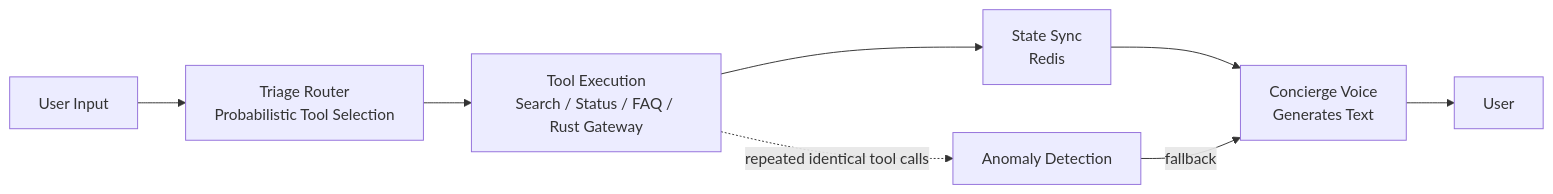
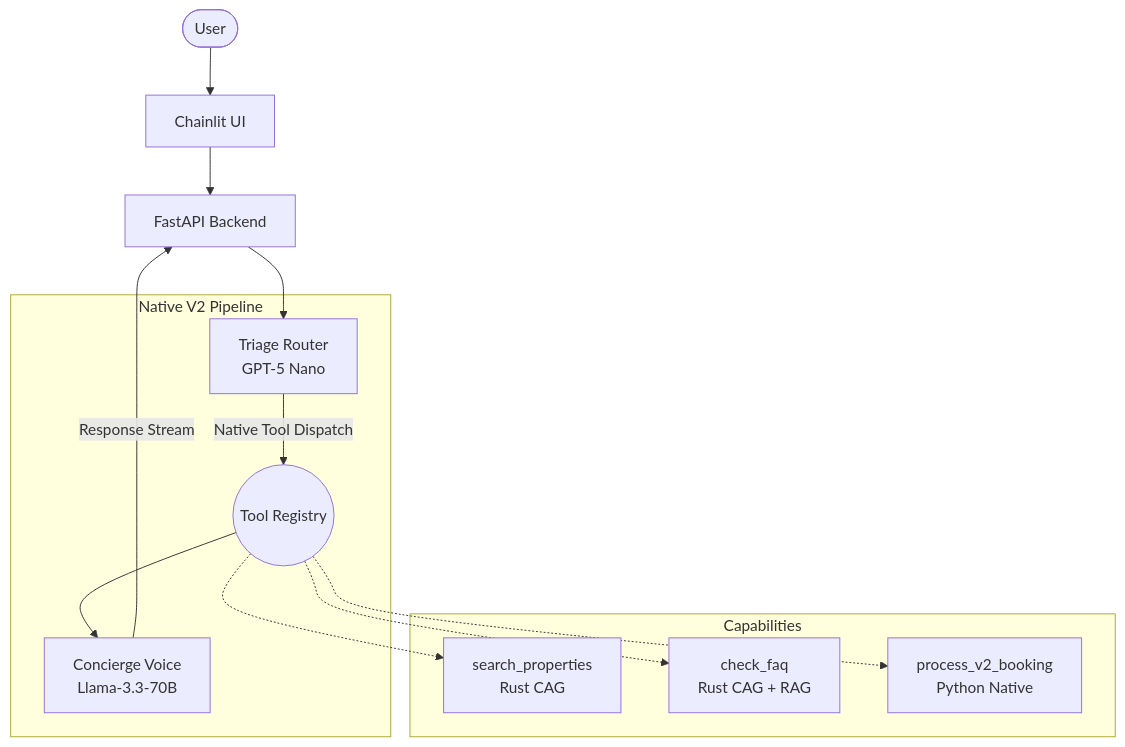
One commit to muhammadhasaan82/AI_Property_Booking_concierge changed the diagram in README.md. Above: the diagram before and after it, drawn with Mermaid. The commit also changed other lines of this file, not shown here.

Commit message:
docs: update README with simplified architecture diagrams and refined technology descriptions

````diff
--- a/README.md
+++ b/README.md
@@ -51,11 +11,19 @@
 ```mermaid
-flowchart LR
-        IN[User Input] --> TR[Triage Router\nProbabilistic Tool Selection]
-        TR --> TE[Tool Execution\nSearch / Status / FAQ / Rust Gateway]
-        TE --> SYNC[State Sync\nRedis]
-        SYNC --> VOICE[Concierge Voice\nGenerates Text]
-        VOICE --> OUT[User]
+graph TD
+    User([User]) --> Chainlit[Chainlit UI]
+    Chainlit --> Backend[FastAPI Backend]
 
-        TE -. repeated identical tool calls .-> ANOMALY[Anomaly Detection]
-        ANOMALY -->|fallback| VOICE
+    subgraph "Native V2 Pipeline"
+        Router[Triage Router\nGPT-5 Nano] -->|Native Tool Dispatch| Tools((Tool Registry))
+        Tools --> Voice[Concierge Voice\nLlama-3.3-70B]
+    end
+
+    Backend --> Router
+    Voice -->|Response Stream| Backend
+
+    subgraph "Capabilities"
+        Tools -.-> Search[search_properties\nRust CAG]
+        Tools -.-> FAQ[check_faq\nRust CAG + RAG]
+        Tools -.-> Booking[process_v2_booking\nPython Native]
+    end
 ```
````
